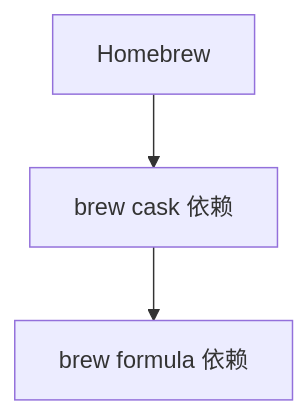
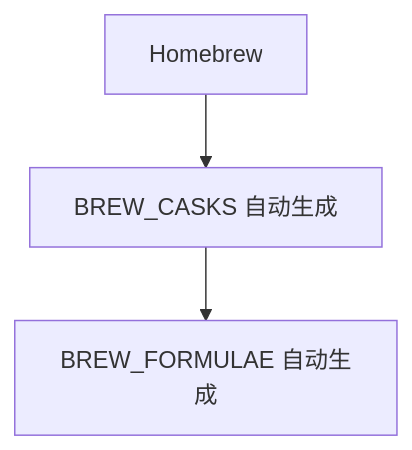
Before and after one commit to JobsKits/JobsMacEnvVarConfig: the second of 3 diagrams in scripts/install.command/README.md, drawn with Mermaid. The commit also changed other lines of this file and 9 other files, not shown here.

````diff
--- a/scripts/install.command/README.md
+++ b/scripts/install.command/README.md
@@ -167,5 +220,5 @@
 ```mermaid
 flowchart TD
-    A[Homebrew] --> B[brew cask 依赖]
-    B --> C[brew formula 依赖]
+    A[Homebrew] --> B[BREW_CASKS 自动生成]
+    B --> C[BREW_FORMULAE 自动生成]
 ```
````
